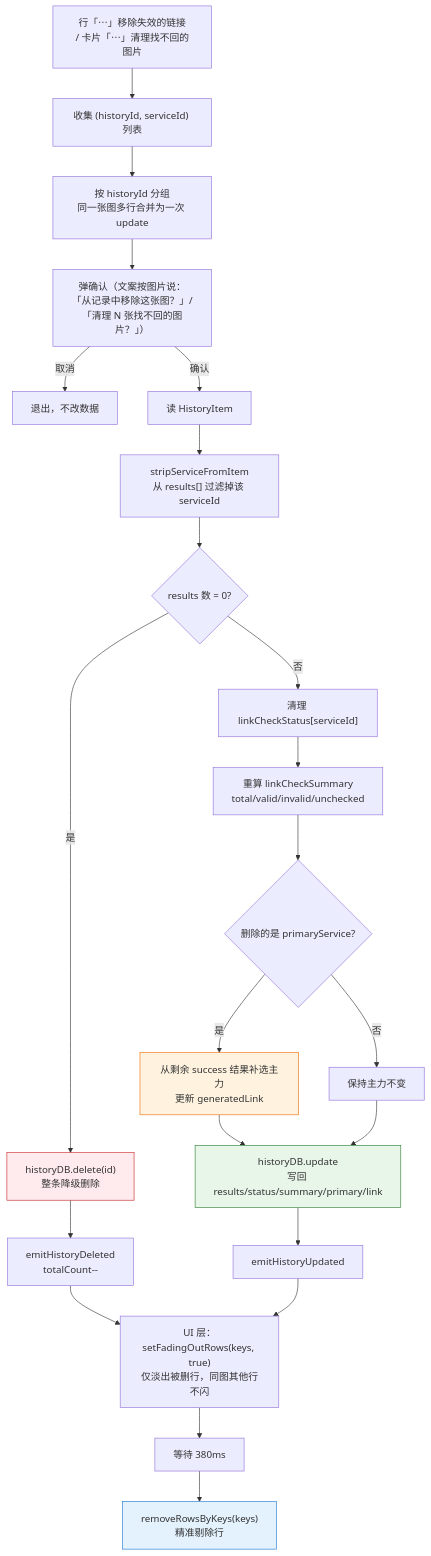
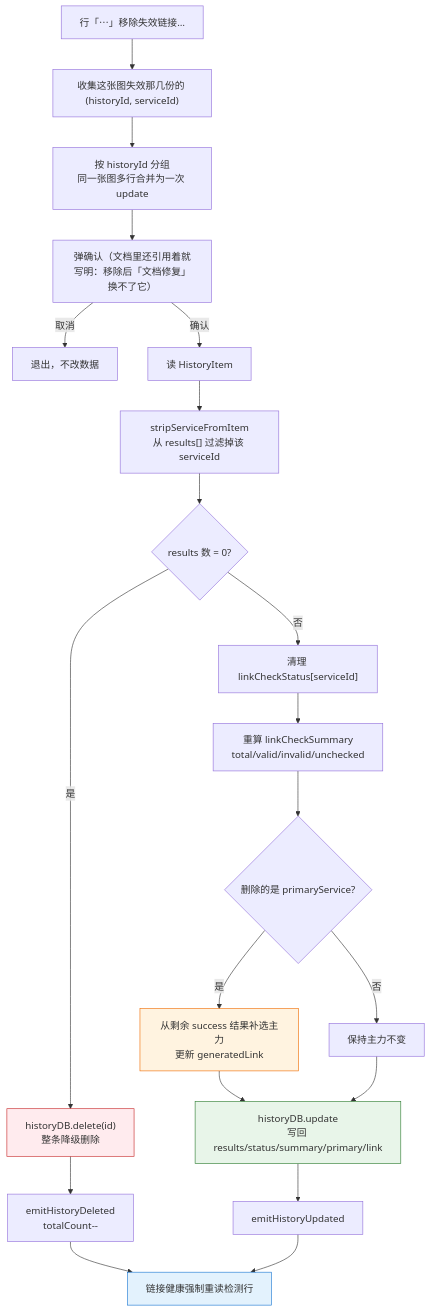
Before and after one commit to joeyliu6/PicNexus: the fifth of 5 diagrams in docs/flows/link-check-flow.md, drawn with Mermaid. The commit also changed other lines of this file and 11 other files, not shown here.

First line of the commit message:
docs(flows): describe 链接健康's repair, supplement backup and health model

````diff
--- a/docs/flows/link-check-flow.md
+++ b/docs/flows/link-check-flow.md
@@ -358,32 +352,30 @@
 ```mermaid
 flowchart TD
-    A["行「⋯」移除失效的链接<br/>/ 卡片「⋯」清理找不回的图片"] --> B["收集 (historyId, serviceId) 列表"]
+    A["行「⋯」移除失效链接…"] --> B["收集这张图失效那几份的 (historyId, serviceId)"]
     B --> C["按 historyId 分组<br/>同一张图多行合并为一次 update"]
-    C --> D["弹确认（文案按图片说：<br/>「从记录中移除这张图？」/「清理 N 张找不回的图片？」）"]
+    C --> D["弹确认（文档里还引用着就写明：移除后「文档修复」换不了它）"]
     D -- 取消 --> Z1["退出，不改数据"]
     D -- 确认 --> E["读 HistoryItem"]
     E --> F["stripServiceFromItem<br/>从 results[] 过滤掉该 serviceId"]
     F --> G{results 数 = 0?}
 
     G -- 是 --> H1["historyDB.delete(id)<br/>整条降级删除"]
     H1 --> H2["emitHistoryDeleted<br/>totalCount--"]
 
     G -- 否 --> I1["清理 linkCheckStatus[serviceId]"]
     I1 --> I2["重算 linkCheckSummary<br/>total/valid/invalid/unchecked"]
     I2 --> J{删除的是 primaryService?}
     J -- 是 --> K1["从剩余 success 结果补选主力<br/>更新 generatedLink"]
     J -- 否 --> K2["保持主力不变"]
     K1 --> L1["historyDB.update<br/>写回 results/status/summary/primary/link"]
     K2 --> L1
     L1 --> L2["emitHistoryUpdated"]
 
-    H2 --> M["UI 层：setFadingOutRows(keys, true)<br/>仅淡出被删行，同图其他行不闪"]
-    L2 --> M
-    M --> M1["等待 380ms"]
-    M1 --> M2["removeRowsByKeys(keys)<br/>精准剔除行"]
+    H2 --> M2["链接健康强制重读检测行"]
+    L2 --> M2
 
     style H1 fill:#ffebee,stroke:#c62828
     style K1 fill:#fff3e0,stroke:#ef6c00
     style L1 fill:#e8f5e9,stroke:#2e7d32
     style M2 fill:#e3f2fd,stroke:#1976d2
 ```
````
